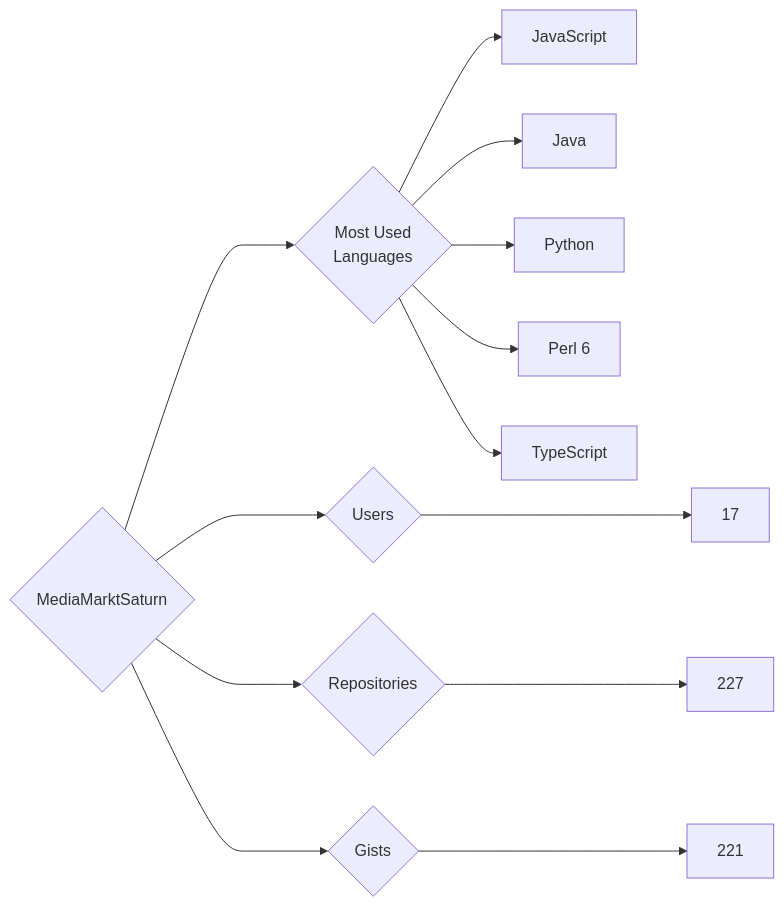
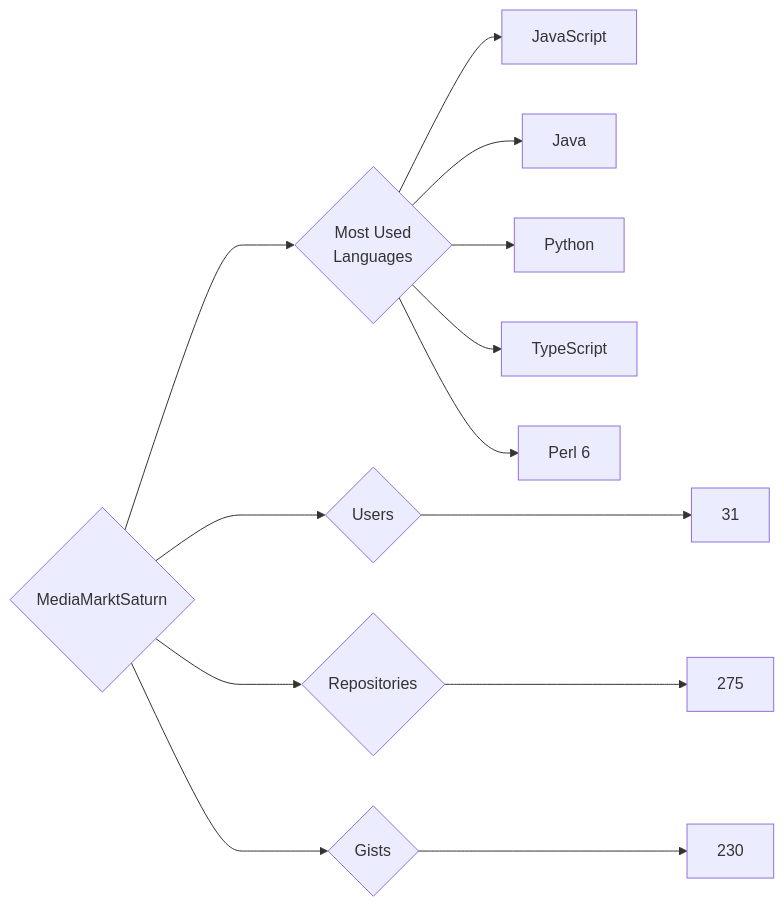
One commit to trickest/insiders changed the diagram in targets/MediaMarktSaturn/README.md. Above: the diagram before and after it, drawn with Mermaid. The commit also changed 1011 other files, not shown here.

````diff
--- a/targets/MediaMarktSaturn/README.md
+++ b/targets/MediaMarktSaturn/README.md
@@ -3,13 +3,13 @@
 ```mermaid
 graph LR
 COMPANY_NAME{MediaMarktSaturn}
-COMPANY_NAME ---> U{Users} ---> UN[17]
-COMPANY_NAME ---> R{Repositories} ---> RN[227]
-COMPANY_NAME ---> G{Gists} ---> GN[221]
+COMPANY_NAME ---> U{Users} ---> UN[31]
+COMPANY_NAME ---> R{Repositories} ---> RN[275]
+COMPANY_NAME ---> G{Gists} ---> GN[230]
 COMPANY_NAME ---> ML{Most Used<br>Languages}
 ML --> JavaScript[JavaScript]
 ML --> Java[Java]
 ML --> Python[Python]
+ML --> TypeScript[TypeScript]
 ML --> Perl_6[Perl 6]
-ML --> TypeScript[TypeScript]
 ```
````
